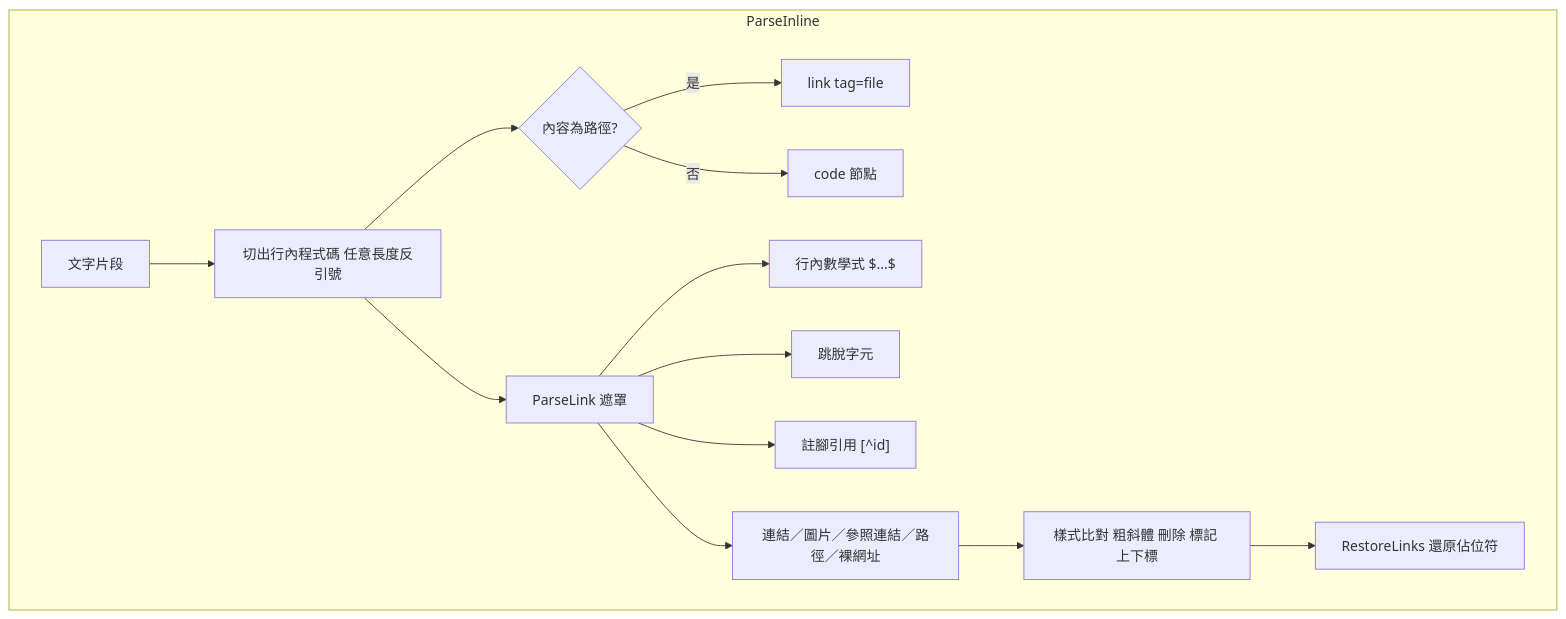
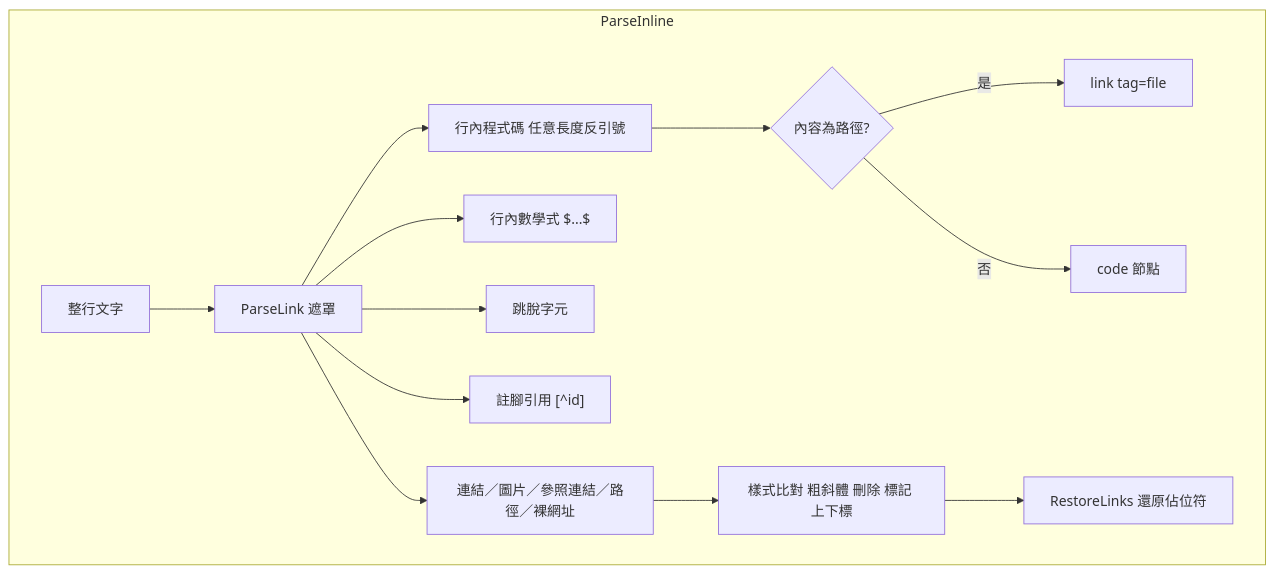
Before and after one commit to pardnchiu/NanoMD: the third of 7 diagrams in doc/architecture.zh.md, drawn with Mermaid. The commit also changed other lines of this file and 8 other files, not shown here.

````diff
--- a/doc/architecture.zh.md
+++ b/doc/architecture.zh.md
@@ -55,16 +55,16 @@
 ```mermaid
 graph TB
     subgraph ParseInline
-        Seg[文字片段] --> CodeSpan[切出行內程式碼 任意長度反引號]
-        CodeSpan --> Path{內容為路徑?}
+        Seg[整行文字] --> Mask[ParseLink 遮罩]
+        Mask --> M0[行內程式碼 任意長度反引號]
+        M0 --> Path{內容為路徑?}
         Path -->|是| File[link tag=file]
         Path -->|否| CodeNode[code 節點]
-        CodeSpan --> Mask[ParseLink 遮罩]
         Mask --> M1[行內數學式 $...$]
         Mask --> M2[跳脫字元]
         Mask --> M3["註腳引用 [^id]"]
         Mask --> M4[連結／圖片／參照連結／路徑／裸網址]
         M4 --> Marks[樣式比對 粗斜體 刪除 標記 上下標]
         Marks --> Restore[RestoreLinks 還原佔位符]
     end
 ```
````
